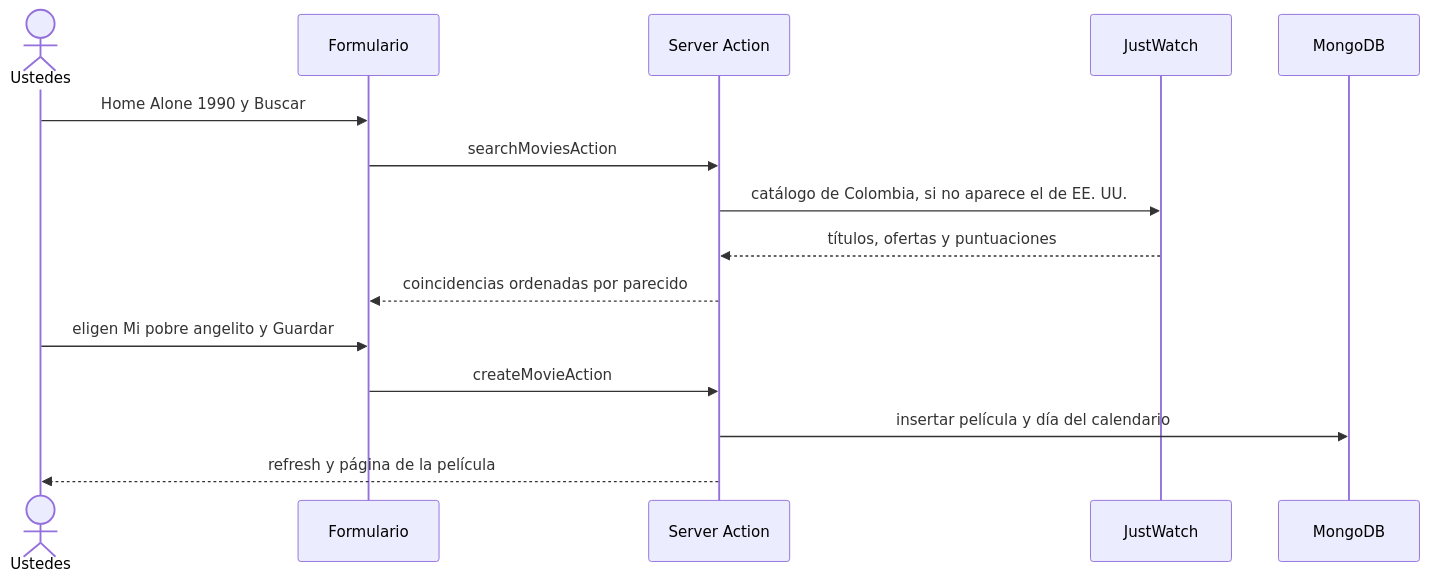
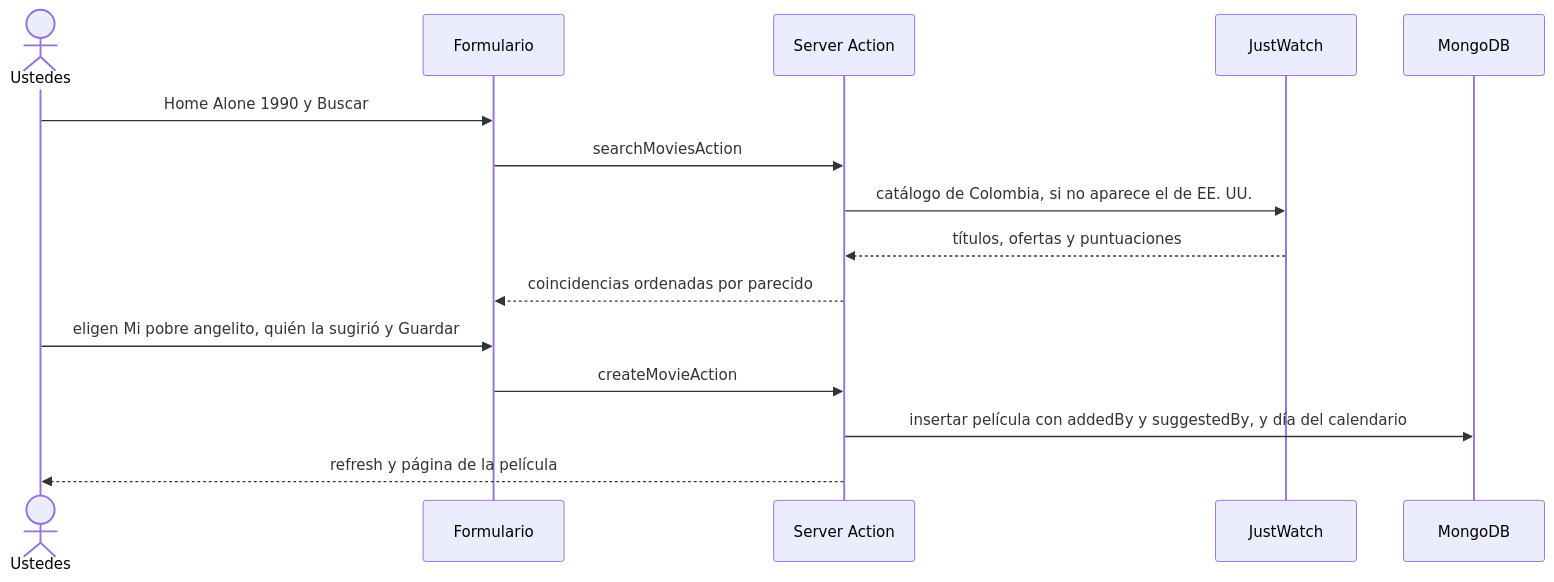
The second of 3 diagrams in README.md (Jvrmmora/christmas-movies-select), drawn with Mermaid before and after one commit. The commit also changed other lines of this file and 81 other files, not shown here.

````diff
--- a/README.md
+++ b/README.md
@@ -76,17 +113,17 @@
 ```mermaid
 sequenceDiagram
   actor U as Ustedes
   participant F as Formulario
   participant A as Server Action
   participant J as JustWatch
   participant M as MongoDB
   U->>F: Home Alone 1990 y Buscar
   F->>A: searchMoviesAction
   A->>J: catálogo de Colombia, si no aparece el de EE. UU.
   J-->>A: títulos, ofertas y puntuaciones
   A-->>F: coincidencias ordenadas por parecido
-  U->>F: eligen Mi pobre angelito y Guardar
+  U->>F: eligen Mi pobre angelito, quién la sugirió y Guardar
   F->>A: createMovieAction
-  A->>M: insertar película y día del calendario
+  A->>M: insertar película con addedBy y suggestedBy, y día del calendario
   A-->>U: refresh y página de la película
 ```
````
